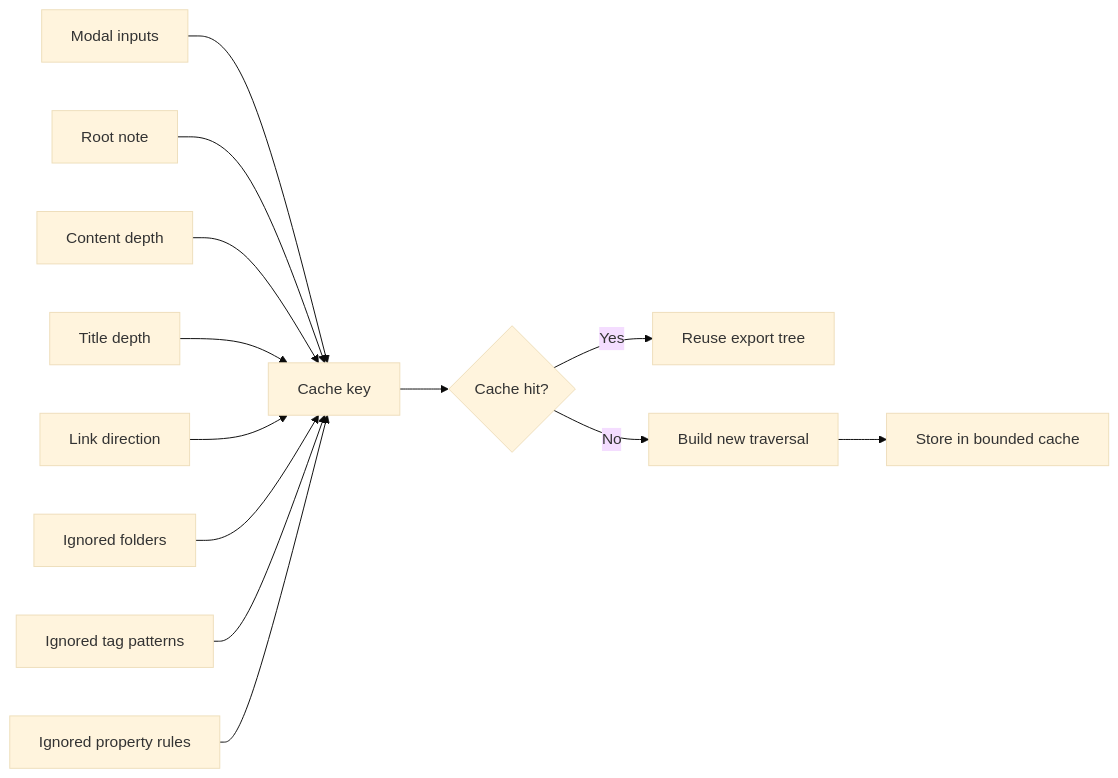
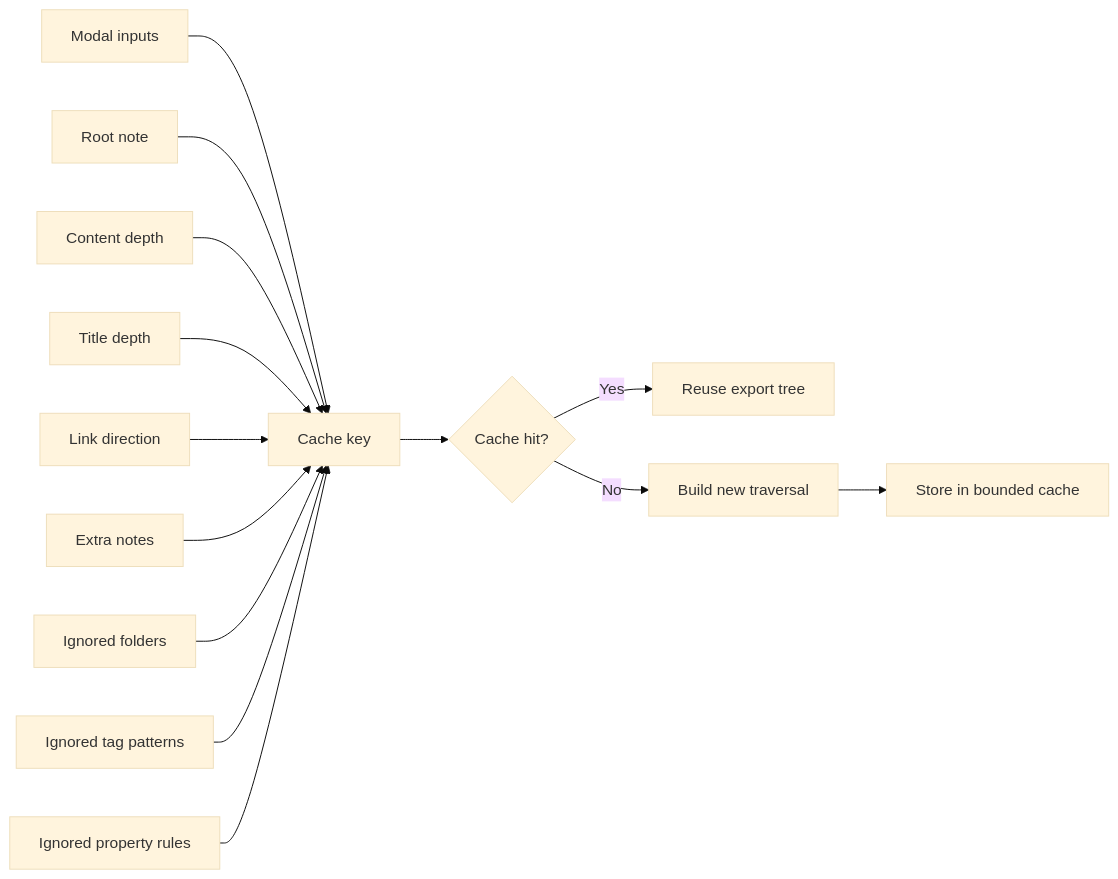
Before and after one commit to LittleHaku/obsidian-smart-export: the third of 3 diagrams in docs/export-architecture.md, drawn with Mermaid (base theme). The commit also changed other lines of this file and 22 other files, not shown here.

First line of the commit message:
Add session-only extra notes to exports (#93)

````diff
--- a/docs/export-architecture.md
+++ b/docs/export-architecture.md
@@ -125,23 +144,25 @@
 ```mermaid
 flowchart LR
     A[Modal inputs] --> B[Cache key]
     B --> C{Cache hit?}
     C -- Yes --> D[Reuse export tree]
     C -- No --> E[Build new traversal]
     E --> F[Store in bounded cache]
 
     A1[Root note]
     A2[Content depth]
     A3[Title depth]
     A4[Link direction]
-    A5[Ignored folders]
-    A6[Ignored tag patterns]
-    A7[Ignored property rules]
+    A5[Extra notes]
+    A6[Ignored folders]
+    A7[Ignored tag patterns]
+    A8[Ignored property rules]
     A1 --> B
     A2 --> B
     A3 --> B
     A4 --> B
     A5 --> B
     A6 --> B
     A7 --> B
+    A8 --> B
 ```
````
